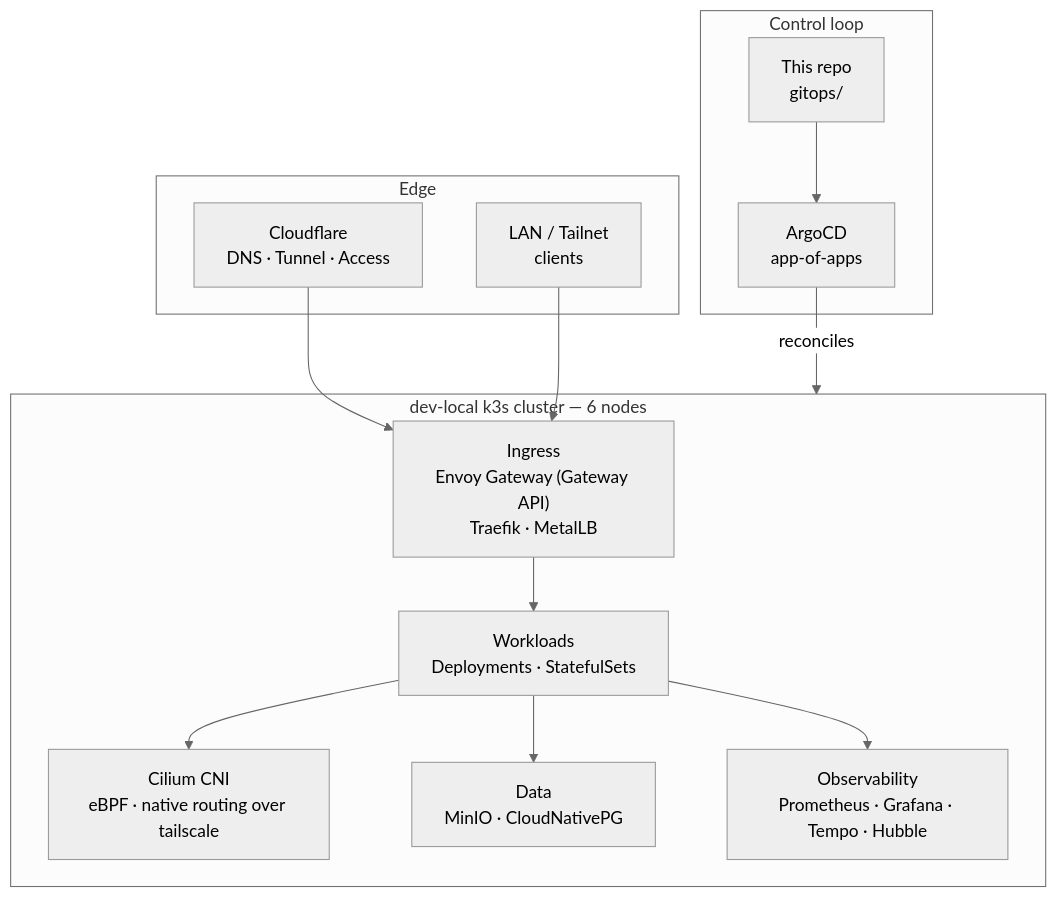
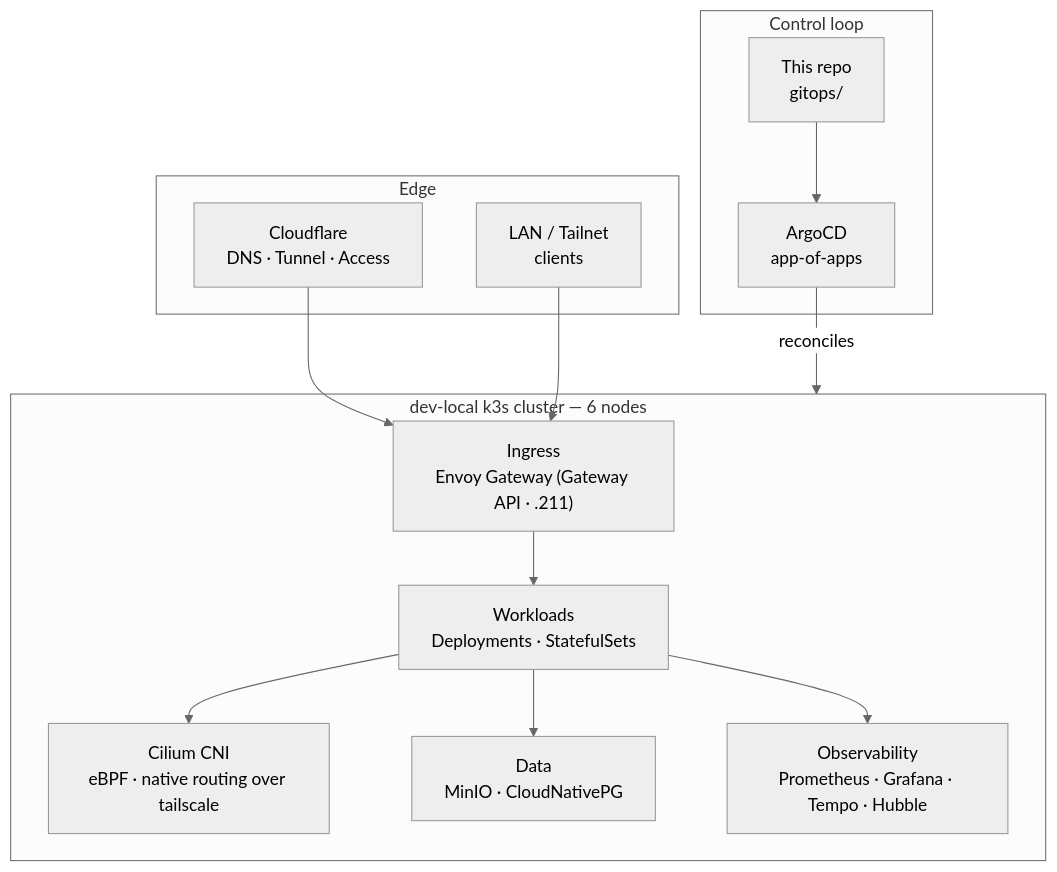
One commit to VitruvianSoftware/vitruvian-core changed the first of 5 diagrams in docs/infrastructure/dev-local-cluster.md. Above: the diagram before and after it, drawn with Mermaid (neutral theme). The commit also changed other lines of this file and 5 other files, not shown here.

First line of the commit message:
docs(platform): update architecture documentation for Envoy Gateway & Traefik decommissioning

````diff
--- a/docs/infrastructure/dev-local-cluster.md
+++ b/docs/infrastructure/dev-local-cluster.md
@@ -35,26 +35,26 @@
 ```mermaid
 flowchart TB
     subgraph edge["Edge"]
         cf["Cloudflare<br/>DNS · Tunnel · Access"]
         lan["LAN / Tailnet<br/>clients"]
     end
     subgraph cluster["dev-local k3s cluster — 6 nodes"]
-        ingress["Ingress<br/>Envoy Gateway (Gateway API)<br/>Traefik · MetalLB"]
+        ingress["Ingress<br/>Envoy Gateway (Gateway API · .211)"]
         apps["Workloads<br/>Deployments · StatefulSets"]
         cni["Cilium CNI<br/>eBPF · native routing over tailscale"]
         data["Data<br/>MinIO · CloudNativePG"]
         obs["Observability<br/>Prometheus · Grafana · Tempo · Hubble"]
     end
     subgraph control["Control loop"]
         repo["This repo<br/>gitops/"]
         argo["ArgoCD<br/>app-of-apps"]
     end
     cf --> ingress
     lan --> ingress
     ingress --> apps
     apps --> cni
     apps --> data
     apps --> obs
     repo --> argo
     argo -- reconciles --> cluster
 ```
````
